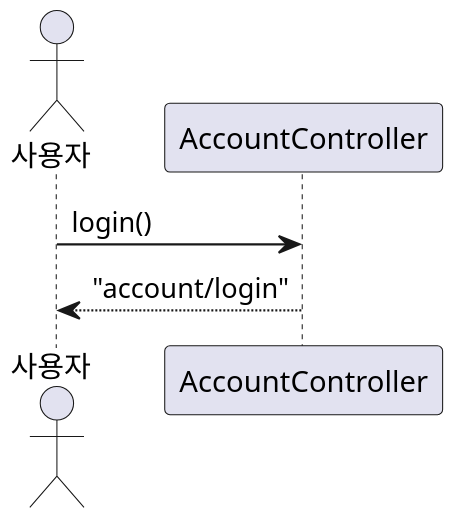
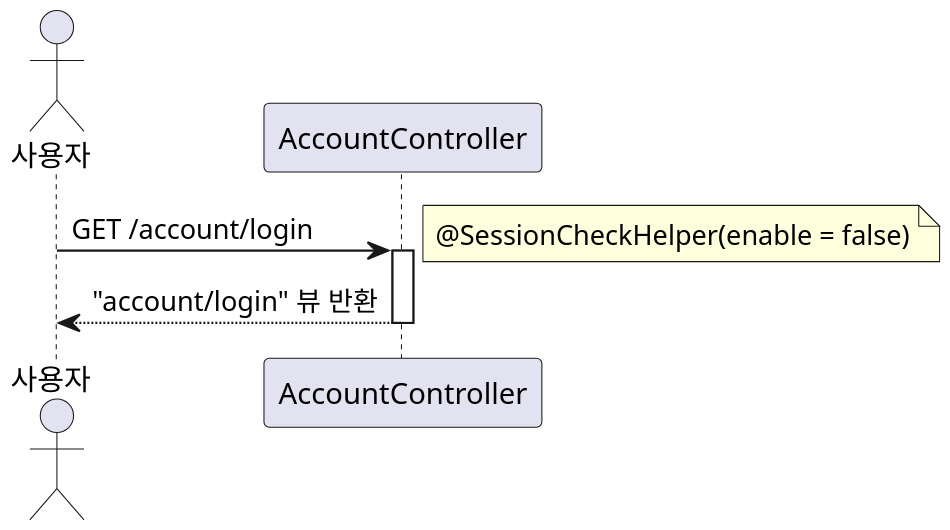
The diagram in uml/AccountController/login_Sequence.puml (leekh4232/study-myshop), drawn with PlantUML before and after one commit. The commit also changed 144 other files, not shown here.

```diff
--- a/uml/AccountController/login_Sequence.puml
+++ b/uml/AccountController/login_Sequence.puml
@@ -1,8 +1,13 @@
 @startuml
 skinparam dpi 200
-actor 사용자
+
+actor Actor as "사용자"
 participant AccountController
 
-사용자 -> AccountController : login()
-AccountController --> 사용자 : "account/login"
+Actor -> AccountController: GET /account/login
+activate AccountController
+note right: @SessionCheckHelper(enable = false)
+AccountController --> Actor: "account/login" 뷰 반환
+deactivate AccountController
+
 @enduml
```
